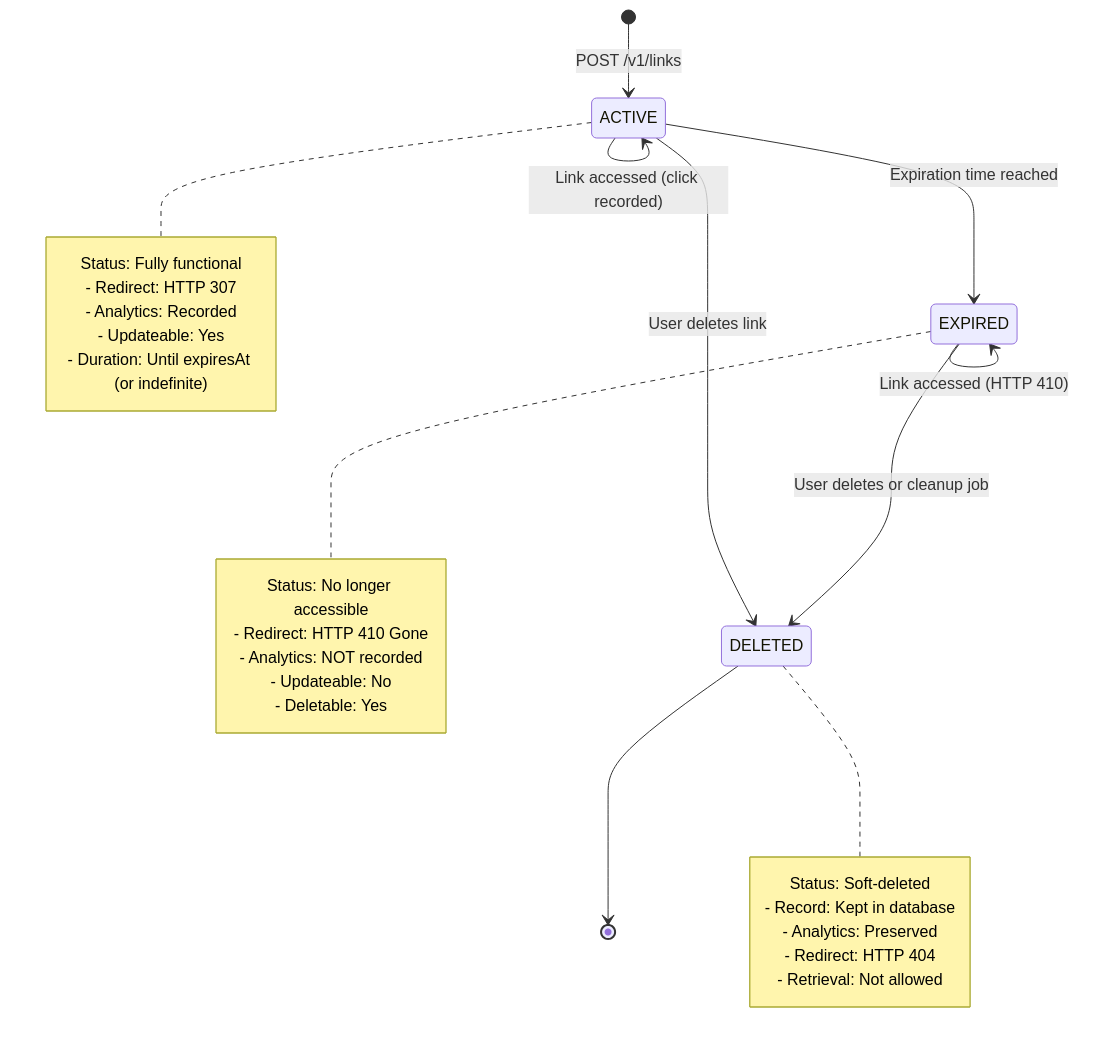
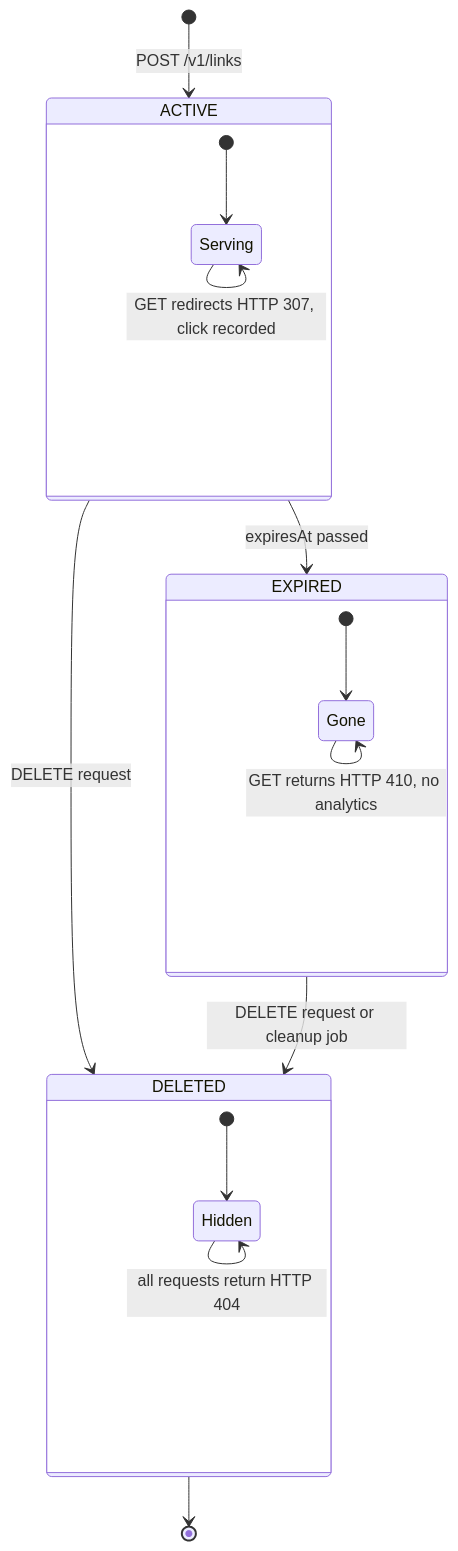
Before and after one commit to dsharma-lab/shrtnr: the diagram in specs/diagrams/state-diagram.md, drawn with Mermaid. The commit also changed 1 other file, not shown here.

Commit message:
fix(state-diagram): rewrite for Mermaid 10.9.5 compatibility
Replaced self-loop transitions and note blocks (unsupported in v10.9.5)
with nested composite states to represent in-state behavior.

feat(architect): add REQ ID traceability and numbered implementation tasks

Each component now requires req_ids linking back to spec requirements.
Added tasks array to output_schema with task_id, files, req_ids, and
acceptance_criteria per task, fulfilling the 3.1 SDD pipeline step.

````diff
--- a/specs/diagrams/state-diagram.md
+++ b/specs/diagrams/state-diagram.md
@@ -3,37 +3,26 @@
 ```mermaid
 stateDiagram-v2
     [*] --> ACTIVE: POST /v1/links
-    
-    ACTIVE --> EXPIRED: Expiration time reached
-    ACTIVE --> DELETED: User deletes link
-    ACTIVE --> ACTIVE: Link accessed (click recorded)
-    
-    EXPIRED --> DELETED: User deletes or cleanup job
-    EXPIRED --> EXPIRED: Link accessed (HTTP 410)
-    
+
+    ACTIVE --> EXPIRED: expiresAt passed
+    ACTIVE --> DELETED: DELETE request
+
+    EXPIRED --> DELETED: DELETE request or cleanup job
+
     DELETED --> [*]
-    
-    note right of ACTIVE
-        Status: Fully functional
-        - Redirect: HTTP 307
-        - Analytics: Recorded
-        - Updateable: Yes
-        - Duration: Until expiresAt (or indefinite)
-    end note
-    
-    note right of EXPIRED
-        Status: No longer accessible
-        - Redirect: HTTP 410 Gone
-        - Analytics: NOT recorded
-        - Updateable: No
-        - Deletable: Yes
-    end note
-    
-    note right of DELETED
-        Status: Soft-deleted
-        - Record: Kept in database
-        - Analytics: Preserved
-        - Redirect: HTTP 404
-        - Retrieval: Not allowed
-    end note
+
+    state ACTIVE {
+        [*] --> Serving
+        Serving --> Serving: GET redirects HTTP 307, click recorded
+    }
+
+    state EXPIRED {
+        [*] --> Gone
+        Gone --> Gone: GET returns HTTP 410, no analytics
+    }
+
+    state DELETED {
+        [*] --> Hidden
+        Hidden --> Hidden: all requests return HTTP 404
+    }
 ```
````
